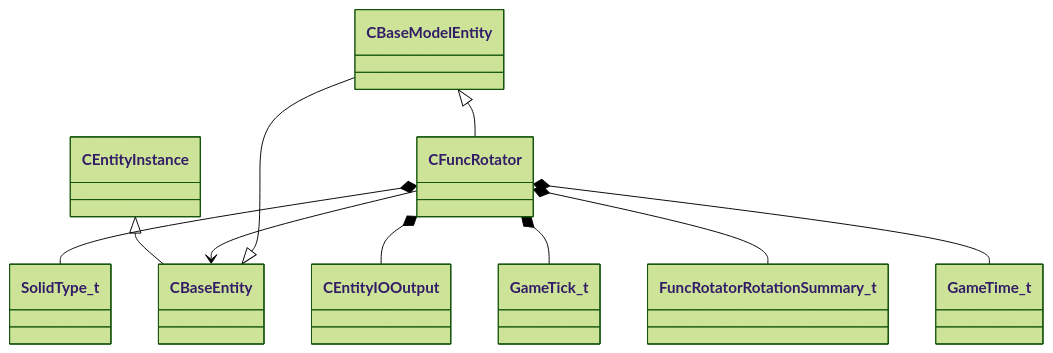
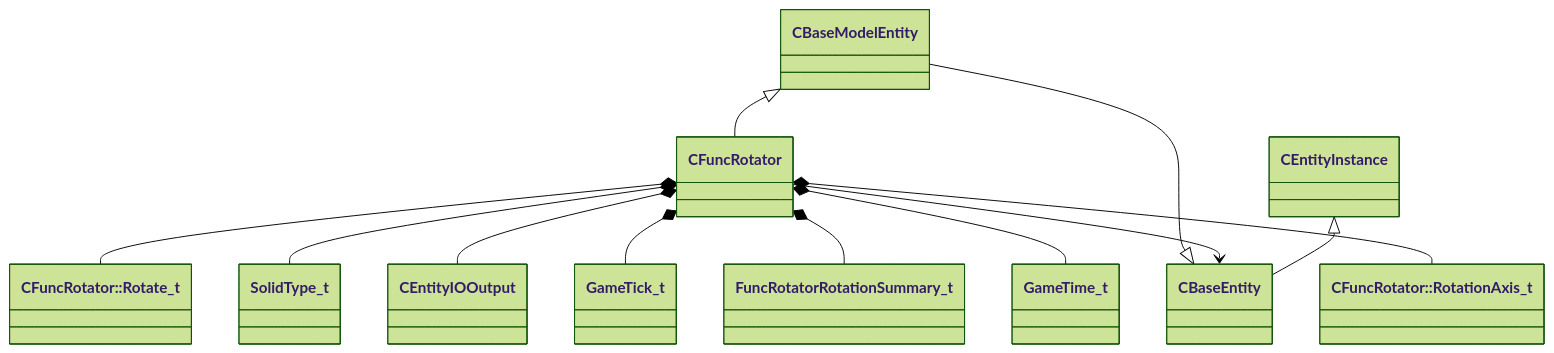
The diagram in docs/generated/schemas/server/CFuncRotator.md (CS2OpenDev/CS2OpenDev-Docs), drawn with Mermaid (forest theme) before and after one commit. The commit also changed other lines of this file and 4525 other files, not shown here.

````diff
--- a/docs/generated/schemas/server/CFuncRotator.md
+++ b/docs/generated/schemas/server/CFuncRotator.md
@@ -17,12 +19,14 @@
 ```mermaid
 classDiagram
     CBaseModelEntity <|-- CFuncRotator
     CBaseEntity <|-- CBaseModelEntity
     CEntityInstance <|-- CBaseEntity
+    CFuncRotator *-- `CFuncRotator::Rotate_t`
     CFuncRotator *-- SolidType_t
     CFuncRotator --> CBaseEntity
     CFuncRotator *-- CEntityIOOutput
     CFuncRotator *-- GameTick_t
     CFuncRotator *-- FuncRotatorRotationSummary_t
     CFuncRotator *-- GameTime_t
+    CFuncRotator *-- `CFuncRotator::RotationAxis_t`
 ```
````
